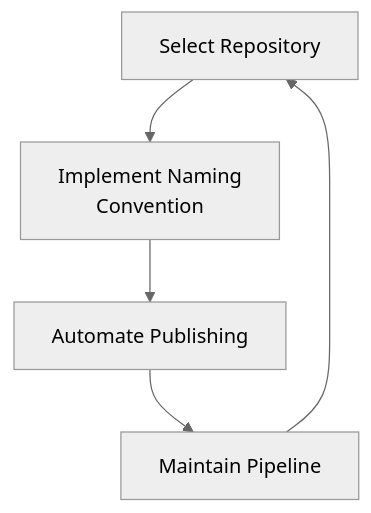
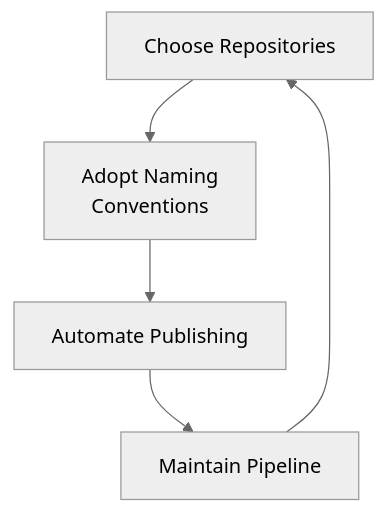
Before and after one commit to NASA-AMMOS/slim: the first of 3 diagrams in docs/guides/software-lifecycle/continuous-delivery/readme.md, drawn with Mermaid (neutral theme). The commit also changed other lines of this file, not shown here.

````diff
--- a/docs/guides/software-lifecycle/continuous-delivery/readme.md
+++ b/docs/guides/software-lifecycle/continuous-delivery/readme.md
@@ -25,6 +28,6 @@
 ```mermaid
 graph TD
-    Repository[Select Repository] --> Naming[Implement Naming <br/>Convention] --> Automate[Automate Publishing]
+    Repository[Choose Repositories] --> Naming[Adopt Naming <br/>Conventions] --> Automate[Automate Publishing]
     Automate --> Maintain[Maintain Pipeline]
     Maintain --> Repository
 ```
````
